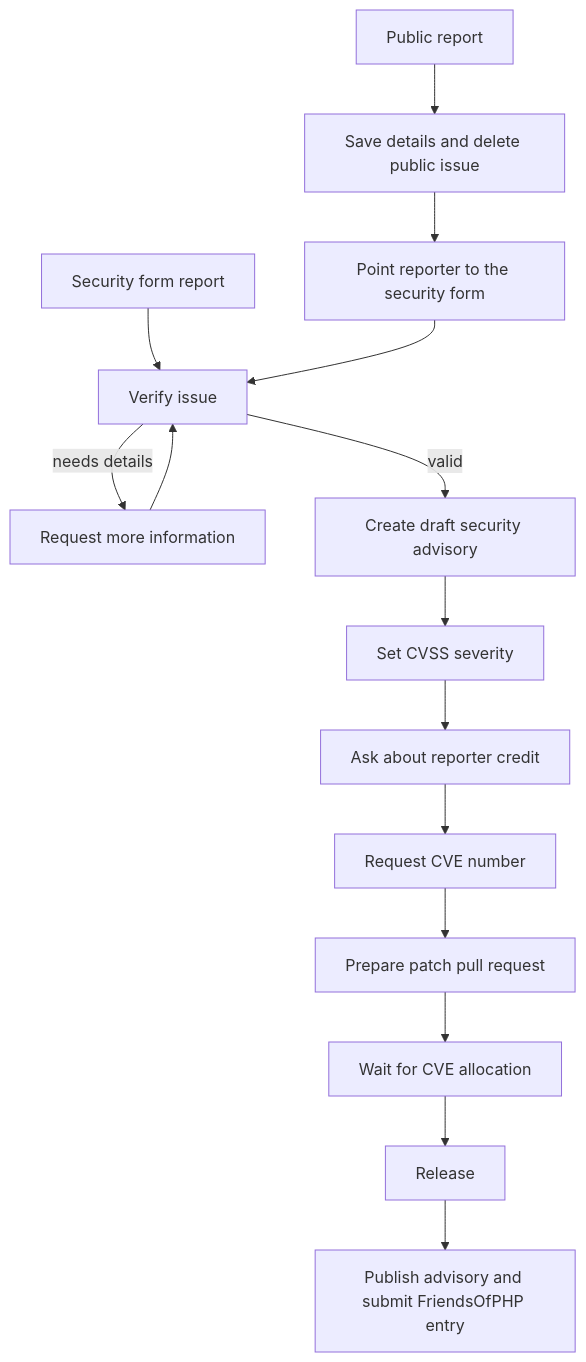
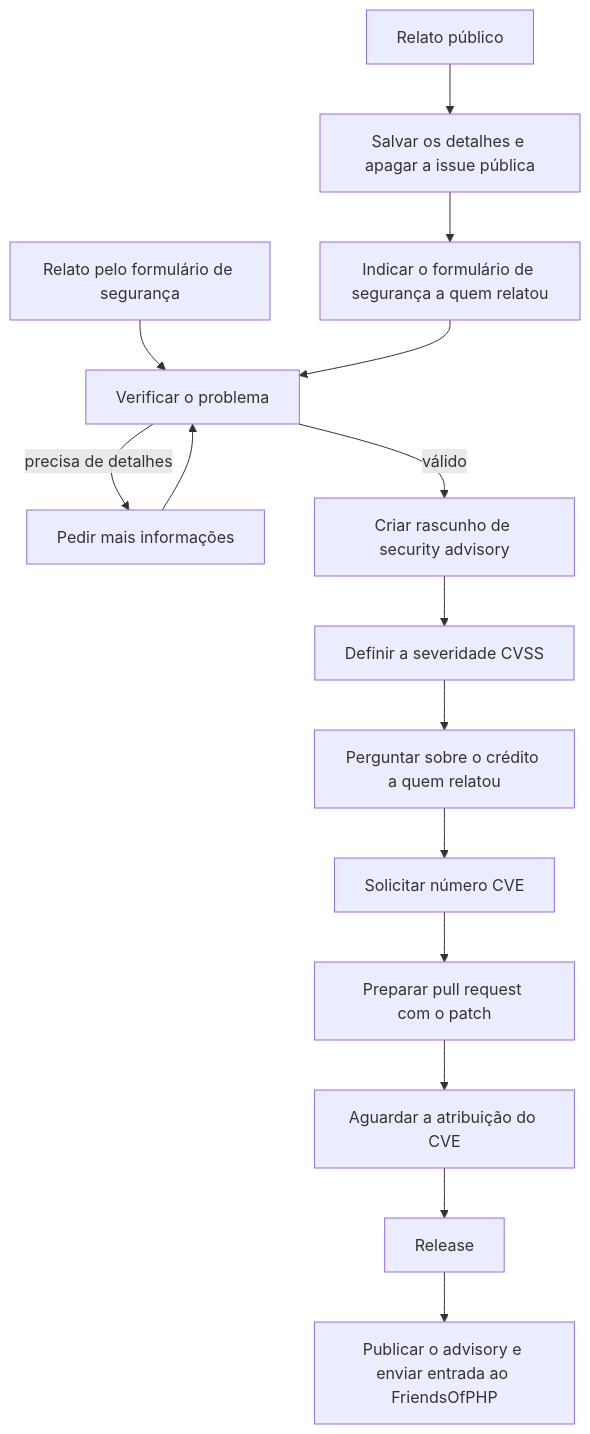
One commit to yiisoft/docs changed the diagram in src/pt-BR/internals/016-security-workflow.md. Above: the diagram before and after it, drawn with Mermaid. The commit also changed other lines of this file and 47 other files, not shown here.

````diff
--- a/src/pt-BR/internals/016-security-workflow.md
+++ b/src/pt-BR/internals/016-security-workflow.md
@@ -9,17 +9,17 @@
 ```mermaid
 flowchart TD
-    form[Security form report] --> verify[Verify issue]
-    public[Public report] --> remove[Save details and delete public issue]
-    remove --> redirect[Point reporter to the security form]
+    form[Relato pelo formulário de segurança] --> verify[Verificar o problema]
+    public[Relato público] --> remove[Salvar os detalhes e apagar a issue pública]
+    remove --> redirect[Indicar o formulário de segurança a quem relatou]
     redirect --> verify
-    verify -->|needs details| requestInfo[Request more information]
+    verify -->|precisa de detalhes| requestInfo[Pedir mais informações]
     requestInfo --> verify
-    verify -->|valid| advisory[Create draft security advisory]
-    advisory --> severity[Set CVSS severity]
-    severity --> credit[Ask about reporter credit]
-    credit --> cve[Request CVE number]
-    cve --> patch[Prepare patch pull request]
-    patch --> wait[Wait for CVE allocation]
+    verify -->|válido| advisory[Criar rascunho de security advisory]
+    advisory --> severity[Definir a severidade CVSS]
+    severity --> credit[Perguntar sobre o crédito a quem relatou]
+    credit --> cve[Solicitar número CVE]
+    cve --> patch[Preparar pull request com o patch]
+    patch --> wait[Aguardar a atribuição do CVE]
     wait --> release[Release]
-    release --> publish[Publish advisory and submit FriendsOfPHP entry]
+    release --> publish[Publicar o advisory e enviar entrada ao FriendsOfPHP]
 ```
````
